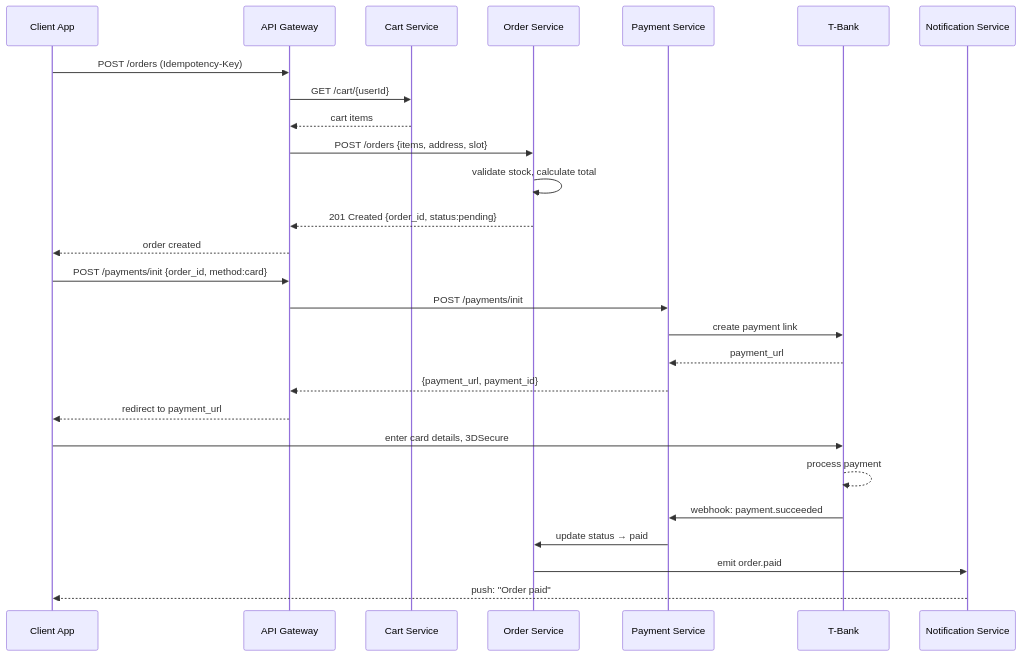
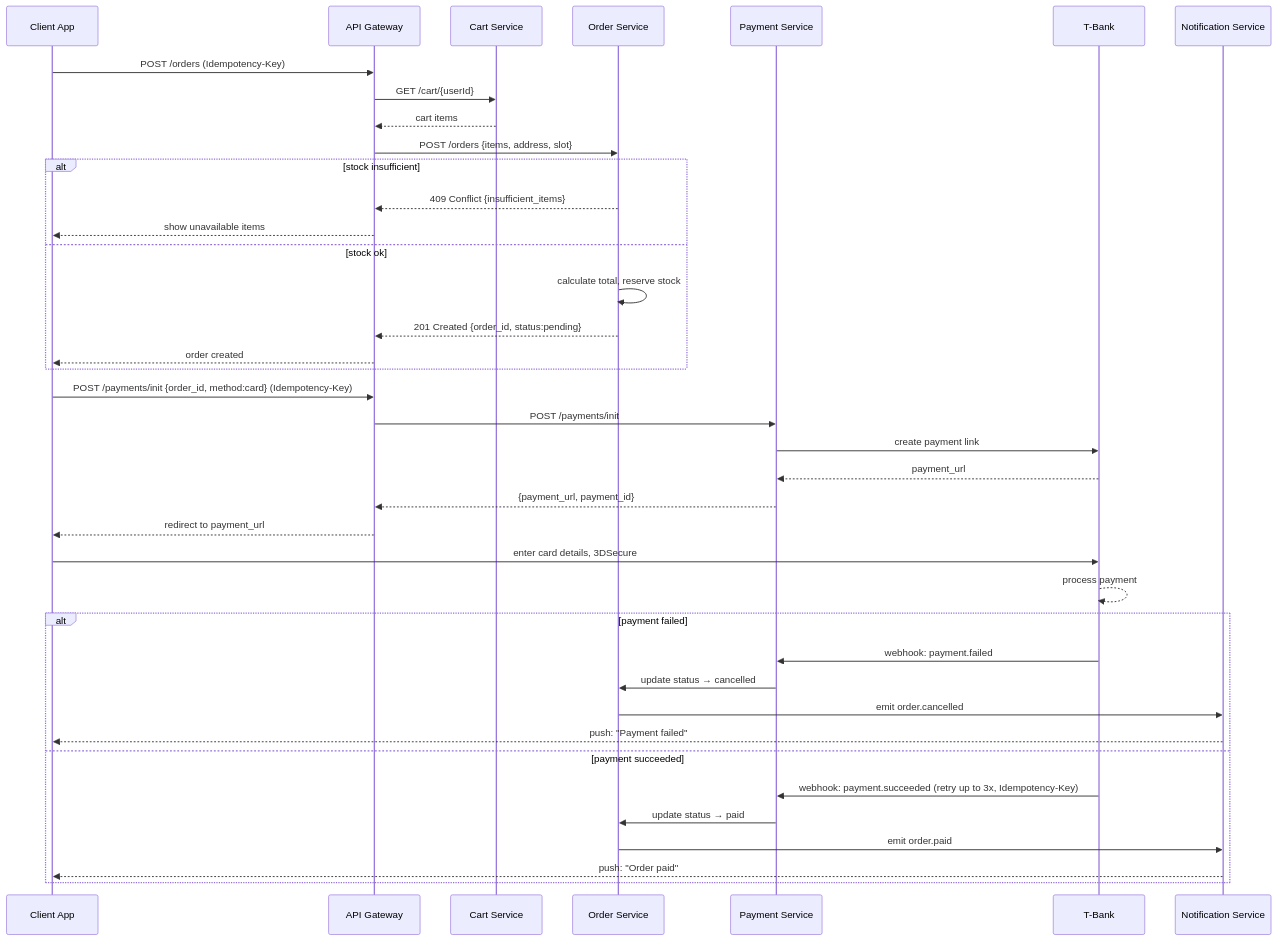
The seventh of 12 diagrams in SRS/SRS.md (bestdeejay-design/srs-docs), drawn with Mermaid before and after one commit. The commit also changed other lines of this file and 6 other files, not shown here.

````diff
--- a/SRS/SRS.md
+++ b/SRS/SRS.md
@@ -622,30 +625,42 @@
 ```mermaid
 sequenceDiagram
     participant Client as Client App
     participant Gateway as API Gateway
     participant Cart as Cart Service
     participant Order as Order Service
     participant Payment as Payment Service
     participant Bank as T-Bank
     participant Notif as Notification Service
 
     Client->>Gateway: POST /orders (Idempotency-Key)
     Gateway->>Cart: GET /cart/{userId}
     Cart-->>Gateway: cart items
     Gateway->>Order: POST /orders {items, address, slot}
-    Order->>Order: validate stock, calculate total
-    Order-->>Gateway: 201 Created {order_id, status:pending}
-    Gateway-->>Client: order created
-    Client->>Gateway: POST /payments/init {order_id, method:card}
+    alt stock insufficient
+        Order-->>Gateway: 409 Conflict {insufficient_items}
+        Gateway-->>Client: show unavailable items
+    else stock ok
+        Order->>Order: calculate total, reserve stock
+        Order-->>Gateway: 201 Created {order_id, status:pending}
+        Gateway-->>Client: order created
+    end
+    Client->>Gateway: POST /payments/init {order_id, method:card} (Idempotency-Key)
     Gateway->>Payment: POST /payments/init
     Payment->>Bank: create payment link
     Bank-->>Payment: payment_url
     Payment-->>Gateway: {payment_url, payment_id}
     Gateway-->>Client: redirect to payment_url
     Client->>Bank: enter card details, 3DSecure
     Bank-->>Bank: process payment
-    Bank->>Payment: webhook: payment.succeeded
-    Payment->>Order: update status → paid
-    Order->>Notif: emit order.paid
-    Notif-->>Client: push: "Order paid"
+    alt payment failed
+        Bank->>Payment: webhook: payment.failed
+        Payment->>Order: update status → cancelled
+        Order->>Notif: emit order.cancelled
+        Notif-->>Client: push: "Payment failed"
+    else payment succeeded
+        Bank->>Payment: webhook: payment.succeeded (retry up to 3x, Idempotency-Key)
+        Payment->>Order: update status → paid
+        Order->>Notif: emit order.paid
+        Notif-->>Client: push: "Order paid"
+    end
 ```
````
